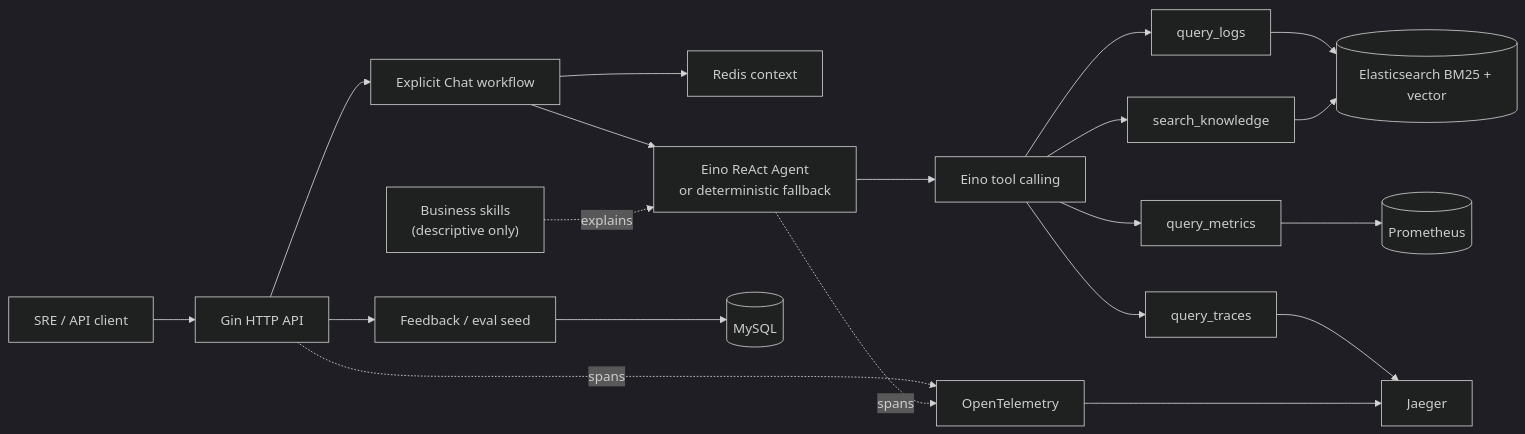
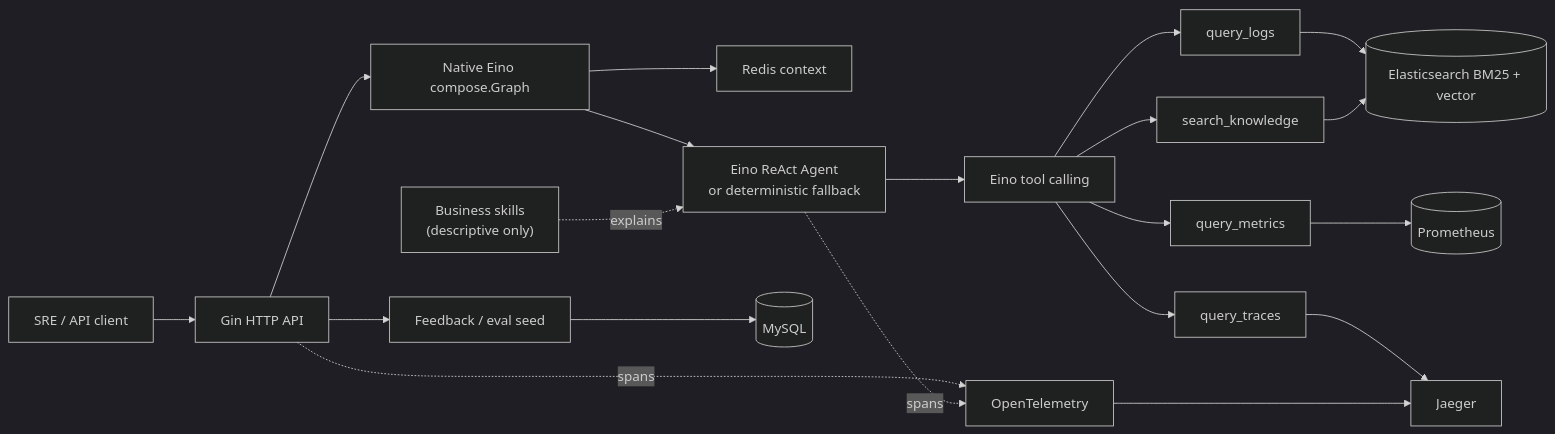
One commit to jiawei-wang-dev/WatchOps-Lite changed the diagram in README.md. Above: the diagram before and after it, drawn with Mermaid (dark theme). The commit also changed other lines of this file and 14 other files, not shown here.

Commit message:
refactor: use native Eino graph orchestration

````diff
--- a/README.md
+++ b/README.md
@@ -9,22 +9,22 @@
 ```mermaid
 flowchart LR
     C["SRE / API client"] --> G["Gin HTTP API"]
-    G --> A["Explicit Chat workflow"]
+    G --> A["Native Eino compose.Graph"]
     A --> M["Redis context"]
     A --> E["Eino ReAct Agent<br/>or deterministic fallback"]
     S["Business skills<br/>(descriptive only)"] -. explains .-> E
     E --> T["Eino tool calling"]
     T --> L["query_logs"]
     T --> P["query_metrics"]
     T --> R["query_traces"]
     T --> K["search_knowledge"]
     L --> ES
     P --> PROM[("Prometheus")]
     R --> J
     K --> ES[("Elasticsearch BM25 + vector")]
     G --> F["Feedback / eval seed"]
     F --> DB[("MySQL")]
     G -. spans .-> O["OpenTelemetry"]
     E -. spans .-> O
     O --> J["Jaeger"]
 ```
````
